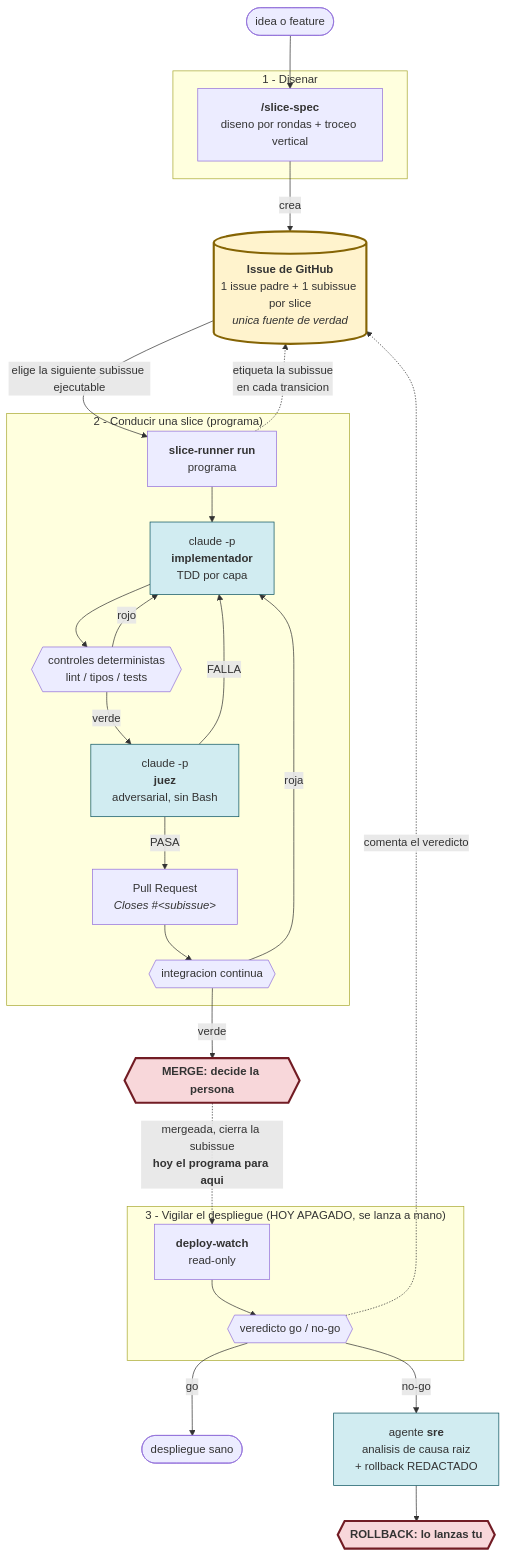
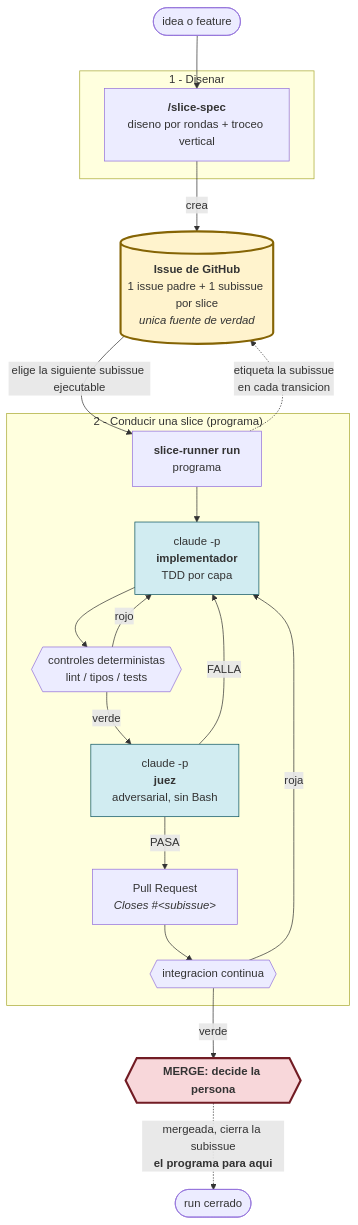
The diagram in README.md (alcaptar/agentic-skills), drawn with Mermaid before and after one commit. The commit also changed other lines of this file and 14 other files, not shown here.

````diff
--- a/README.md
+++ b/README.md
@@ -44,53 +44,40 @@
 ```mermaid
 flowchart TD
     idea([idea o feature]) --> spec
 
     subgraph spec_phase["1 - Disenar"]
         spec["<b>/slice-spec</b><br/>diseno por rondas + troceo vertical"]
     end
 
     spec -->|crea| issue[("<b>Issue de GitHub</b><br/>1 issue padre + 1 subissue por slice<br/><i>unica fuente de verdad</i>")]
 
     issue -->|"elige la siguiente subissue ejecutable"| runner
 
     subgraph runner_phase["2 - Conducir una slice (programa)"]
         runner["<b>slice-runner run</b><br/>programa"]
         impl["claude -p<br/><b>implementador</b><br/>TDD por capa"]
         ctrl{{"controles deterministas<br/>lint / tipos / tests"}}
         verif["claude -p<br/><b>juez</b><br/>adversarial, sin Bash"]
         pr["Pull Request<br/><i>Closes #&lt;subissue&gt;</i>"]
         ci{{"integracion continua"}}
 
         runner --> impl --> ctrl
         ctrl -->|rojo| impl
         ctrl -->|verde| verif
         verif -->|FALLA| impl
         verif -->|PASA| pr --> ci
         ci -->|roja| impl
     end
 
     ci -->|verde| gate1
 
     gate1{{"<b>MERGE: decide la persona</b>"}}
-    gate1 -.->|"mergeada, cierra la subissue<br/><b>hoy el programa para aqui</b>"| watch
-
-    subgraph watch_phase["3 - Vigilar el despliegue (HOY APAGADO, se lanza a mano)"]
-        watch["<b>deploy-watch</b><br/>read-only"]
-        core{{"veredicto go / no-go"}}
-        watch --> core
-    end
-
-    core -->|go| ok([despliegue sano])
-    core -->|no-go| rca["agente <b>sre</b><br/>analisis de causa raiz<br/>+ rollback REDACTADO"]
-    rca --> gate2{{"<b>ROLLBACK: lo lanzas tu</b>"}}
+    gate1 -.->|"mergeada, cierra la subissue<br/><b>el programa para aqui</b>"| closed([run cerrado])
 
     runner -.->|"etiqueta la subissue<br/>en cada transicion"| issue
-    core -.->|"comenta el veredicto"| issue
 
     style issue fill:#fff3cd,stroke:#856404,stroke-width:3px
     style gate1 fill:#f8d7da,stroke:#721c24,stroke-width:3px
-    style gate2 fill:#f8d7da,stroke:#721c24,stroke-width:3px
     style verif fill:#d1ecf1,stroke:#0c5460
     style impl fill:#d1ecf1,stroke:#0c5460
-    style rca fill:#d1ecf1,stroke:#0c5460
 ```
````
